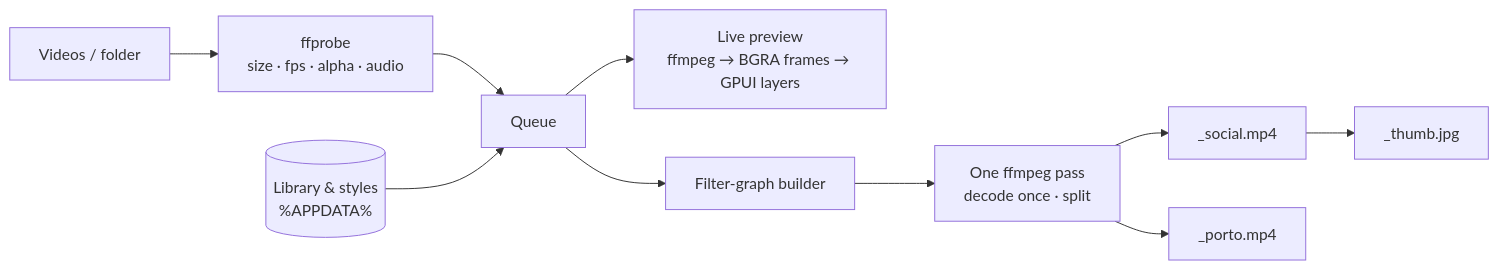
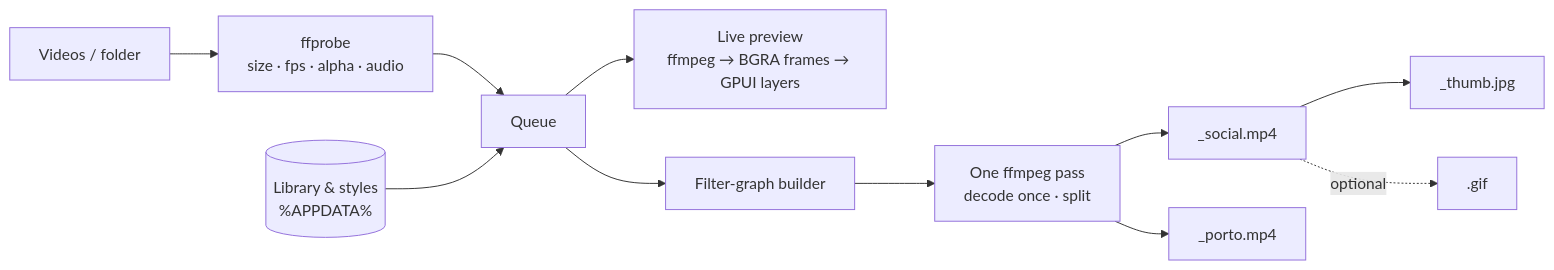
One commit to BillyNabil/commission-showcase changed the diagram in README.md. Above: the diagram before and after it, drawn with Mermaid. The commit also changed other lines of this file and 9 other files, not shown here.

First line of the commit message:
Add optional GIF output (v2.1.0)

````diff
--- a/README.md
+++ b/README.md
@@ -106,12 +108,13 @@
 ```mermaid
 flowchart LR
     A[Videos / folder] --> P[ffprobe<br/>size · fps · alpha · audio]
     P --> Q[Queue]
     S[(Library & styles<br/>%APPDATA%)] --> Q
     Q --> PV[Live preview<br/>ffmpeg → BGRA frames → GPUI layers]
     Q --> G[Filter-graph builder]
     G --> F[One ffmpeg pass<br/>decode once · split]
     F --> O1[_social.mp4]
     F --> O2[_porto.mp4]
     O1 --> T[_thumb.jpg]
+    O1 -. optional .-> GIF[.gif]
 ```
````
